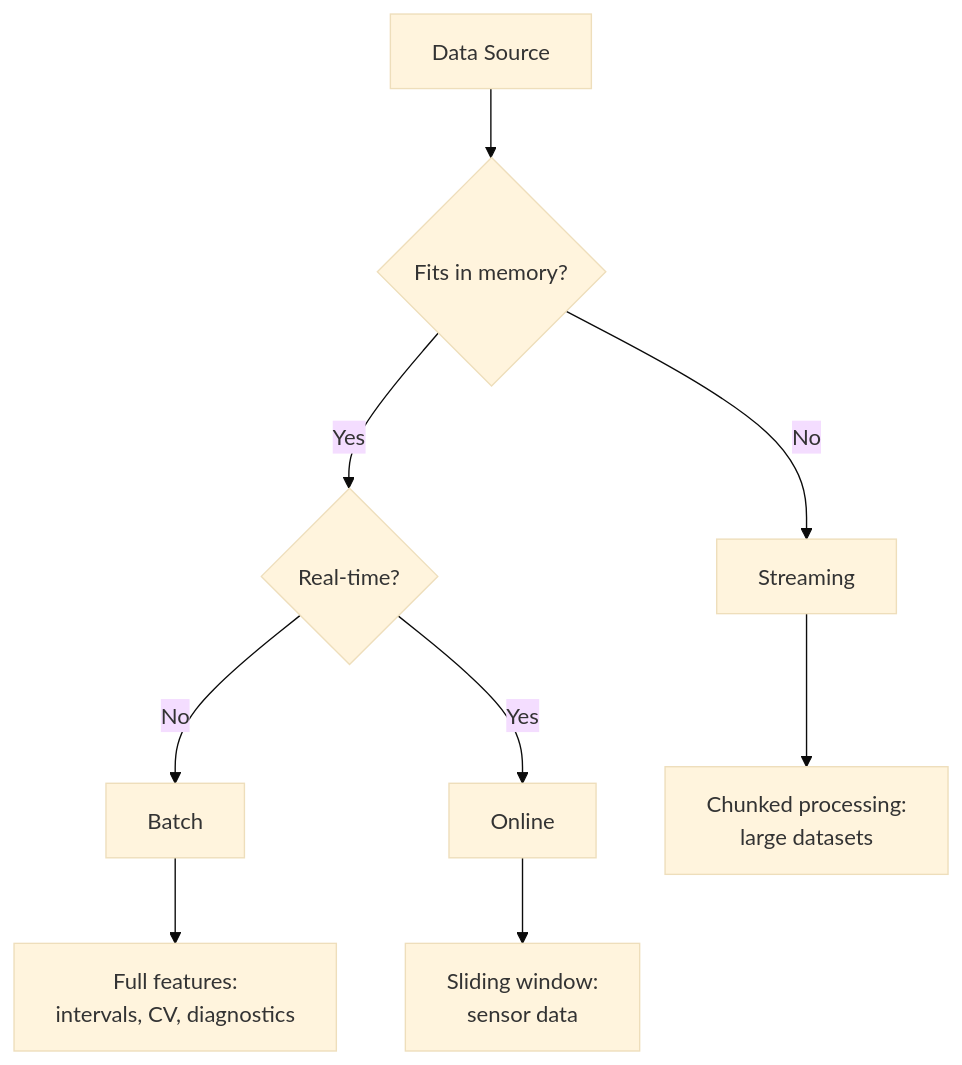
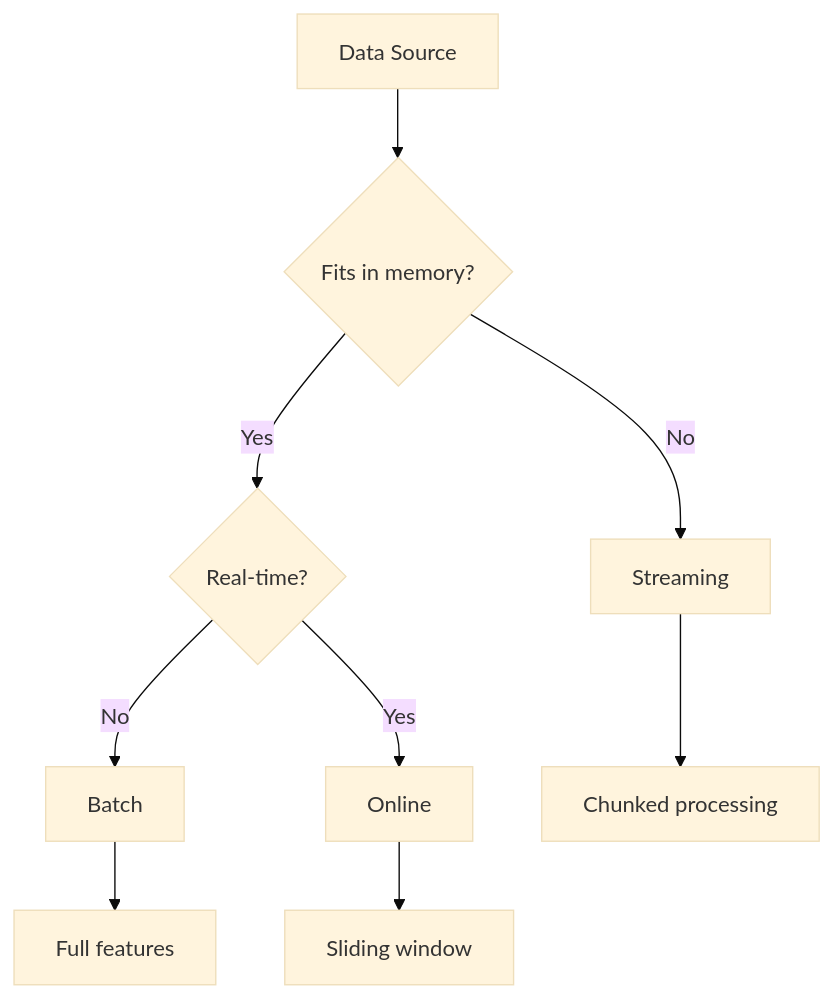
One commit to thisisamirv/lowess-project changed the diagram in docs/getting-started/concepts.md. Above: the diagram before and after it, drawn with Mermaid (base theme). The commit also changed 9 other files, not shown here.

Commit message:
feat: add latex and mermaid support to docs, improve docs

````diff
--- a/docs/getting-started/concepts.md
+++ b/docs/getting-started/concepts.md
@@ -95,12 +95,11 @@
 ```mermaid
-graph TD
+flowchart TD
     A[Data Source] --> B{Fits in memory?}
-    B -->|Yes| C{Real-time?}
-    B -->|No| D[Streaming]
-    C -->|No| E[Batch]
-    C -->|Yes| F[Online]
-    
-    E --> G[Full features:<br/>intervals, CV, diagnostics]
-    D --> H[Chunked processing:<br/>large datasets]
-    F --> I[Sliding window:<br/>sensor data]
+    B -- Yes --> C{Real-time?}
+    B -- No --> D[Streaming]
+    C -- No --> E[Batch]
+    C -- Yes --> F[Online]
+    E --> G[Full features]
+    D --> H[Chunked processing]
+    F --> I[Sliding window]
 ```
````
